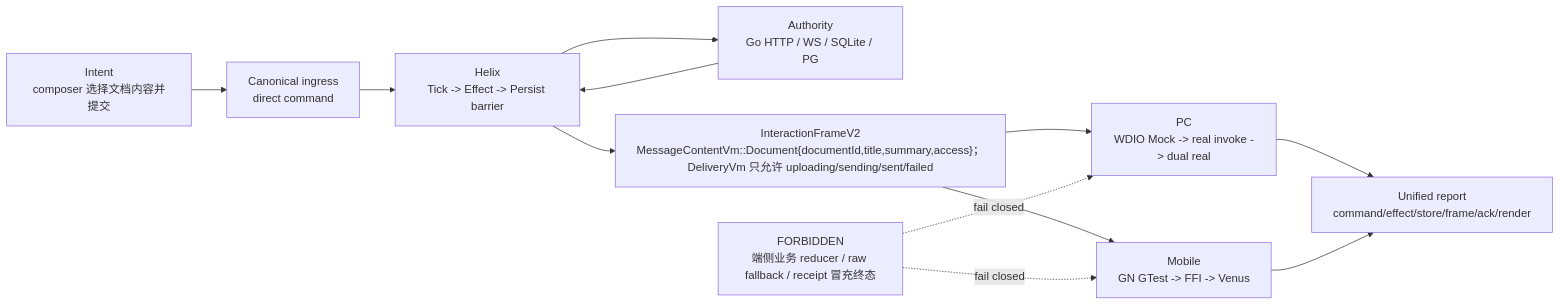
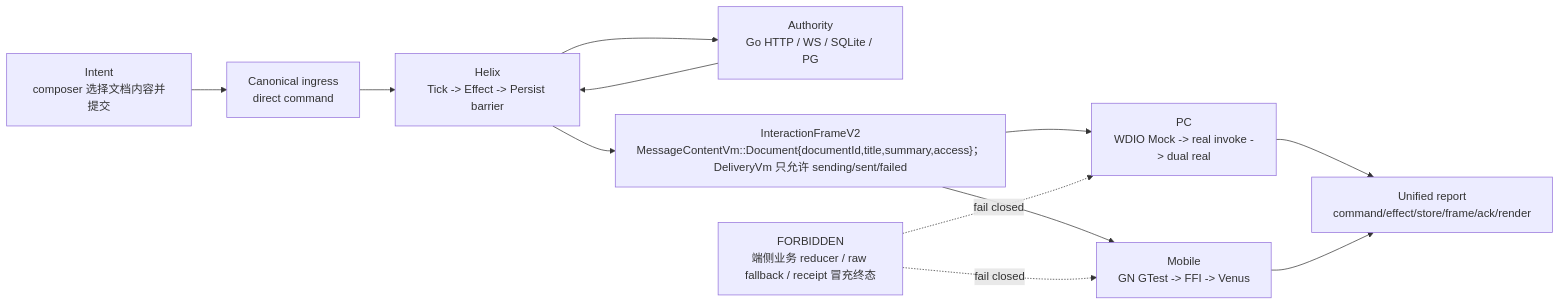
The diagram in docs/interaction-frame-v2-全量替换-按UC/G02/12-G02-完整主链路.mmd (zxs1633079383/helix), drawn with Mermaid before and after one commit. The commit also changed 41 other files, not shown here.

```diff
--- a/docs/interaction-frame-v2-全量替换-按UC/G02/12-G02-完整主链路.mmd
+++ b/docs/interaction-frame-v2-全量替换-按UC/G02/12-G02-完整主链路.mmd
@@ -1,19 +1,19 @@
 flowchart LR
   I["Intent<br/>composer 选择文档内容并提交"]
   C["Canonical ingress<br/>direct command"]
   H["Helix<br/>Tick -> Effect -> Persist barrier"]
   A["Authority<br/>Go HTTP / WS / SQLite / PG"]
-  F["InteractionFrameV2<br/>MessageContentVm::Document{documentId,title,summary,access}；DeliveryVm 只允许 uploading/sending/sent/failed"]
+  F["InteractionFrameV2<br/>MessageContentVm::Document{documentId,title,summary,access}；DeliveryVm 只允许 sending/sent/failed"]
   PC["PC<br/>WDIO Mock -> real invoke -> dual real"]
   MOB["Mobile<br/>GN GTest -> FFI -> Venus"]
   R["Unified report<br/>command/effect/store/frame/ack/render"]
 
   I --> C --> H
   H --> A --> H
   H --> F
   F --> PC --> R
   F --> MOB --> R
 
   X["FORBIDDEN<br/>端侧业务 reducer / raw fallback / receipt 冒充终态"]
   X -.fail closed.-> PC
   X -.fail closed.-> MOB
```
